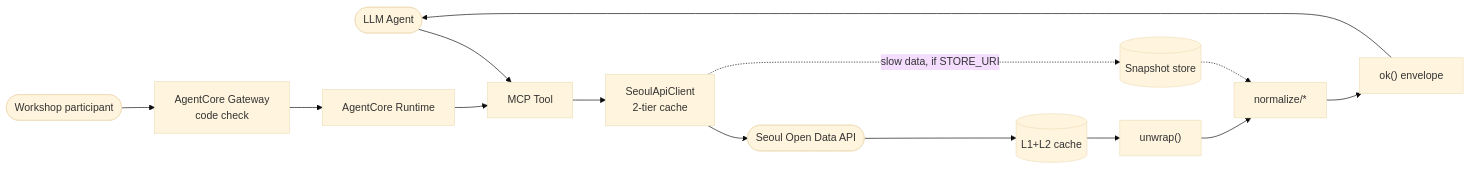
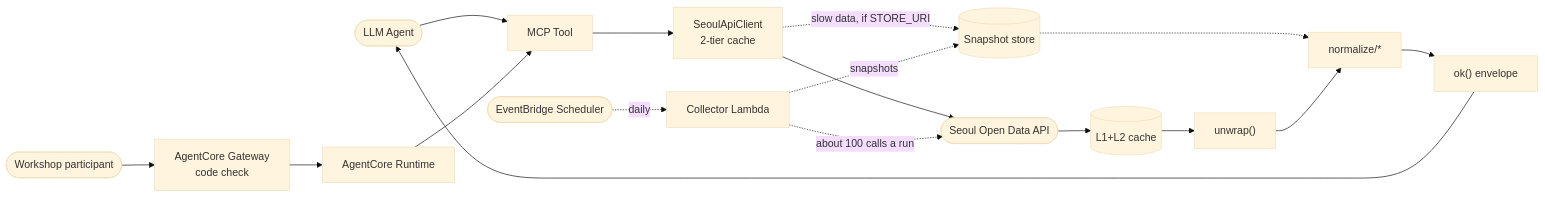
The second of 4 diagrams in docs/architecture.md (whchoi98/seoul-opendata-mcp), drawn with Mermaid (base theme) before and after one commit. The commit also changed other lines of this file and 8 other files, not shown here.

First line of the commit message:
docs: show the snapshot store and its daily collection in the architecture doc and infographic

````diff
--- a/docs/architecture.md
+++ b/docs/architecture.md
@@ -111,11 +117,13 @@
 ```mermaid
 flowchart LR
   Agent(["LLM Agent"]) --> Tool["MCP Tool"] --> Client["SeoulApiClient<br/>2-tier cache"] --> API(["Seoul Open Data API"])
   Client -.->|"slow data, if STORE_URI"| Store[("Snapshot store")] -.-> Normalize
+  Scheduler(["EventBridge Scheduler"]) -.->|"daily"| Collector["Collector Lambda"] -.->|"snapshots"| Store
+  Collector -.->|"about 100 calls a run"| API
   API --> Cache[("L1+L2 cache")]
   Cache --> Unwrap["unwrap()"]
   Unwrap --> Normalize["normalize/*"]
   Normalize --> Envelope["ok() envelope"]
   Envelope --> Agent
   Participant(["Workshop participant"]) --> Gateway["AgentCore Gateway<br/>code check"] --> Runtime["AgentCore Runtime"] --> Tool
 ```
````
